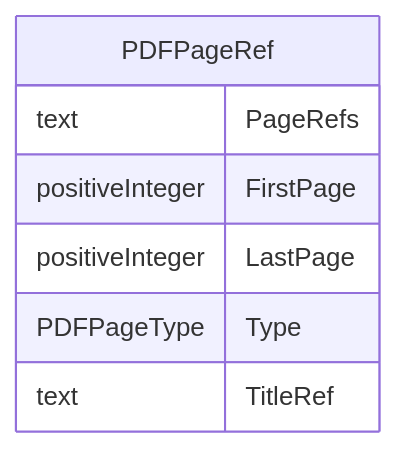
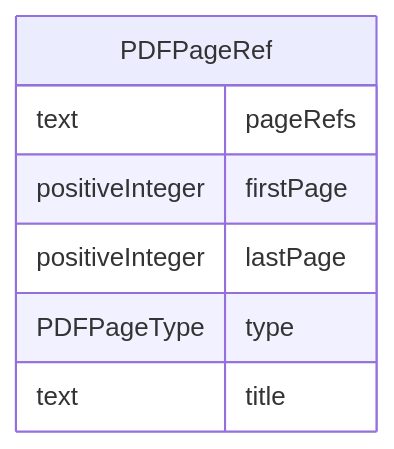
The diagram in docs/PDFPageRef.md (cdisc-org/DataExchange-ODM-LinkML), drawn with Mermaid before and after one commit. The commit also changed other lines of this file and 759 other files, not shown here.

````diff
--- a/docs/PDFPageRef.md
+++ b/docs/PDFPageRef.md
@@ -11,13 +11,13 @@
 ```mermaid
 erDiagram
 PDFPageRef {
-    text PageRefs  
-    positiveInteger FirstPage  
-    positiveInteger LastPage  
-    PDFPageType Type  
-    text TitleRef  
+    text pageRefs  
+    positiveInteger firstPage  
+    positiveInteger lastPage  
+    PDFPageType type  
+    text title  
 }
 
 
 
 ```
````
